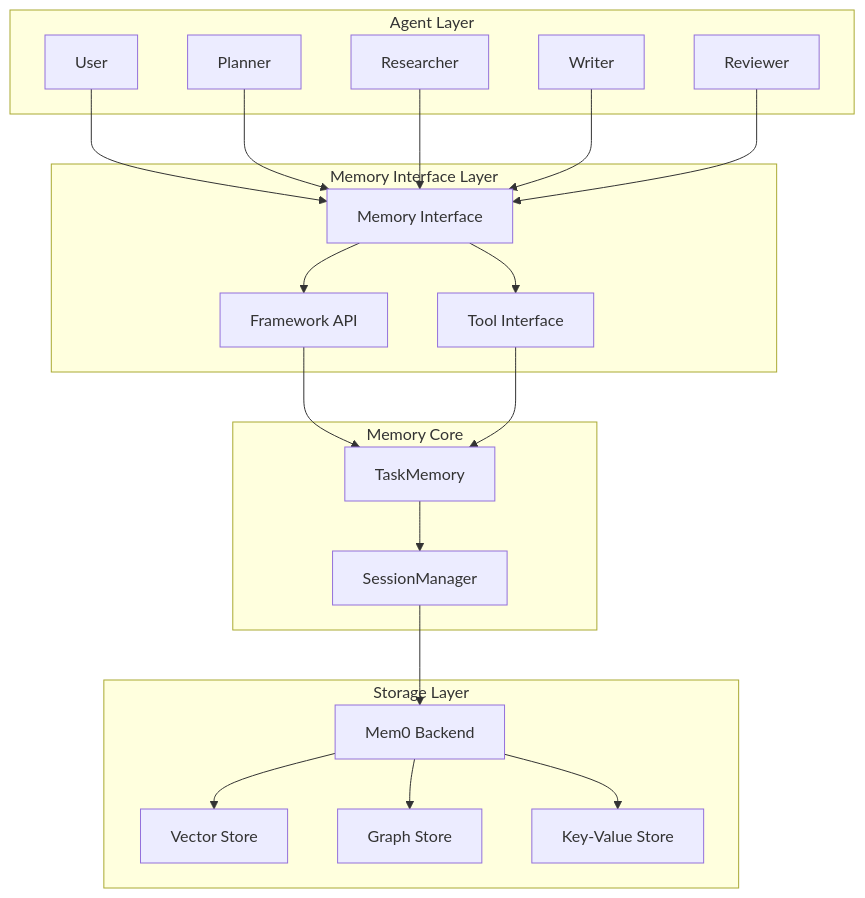
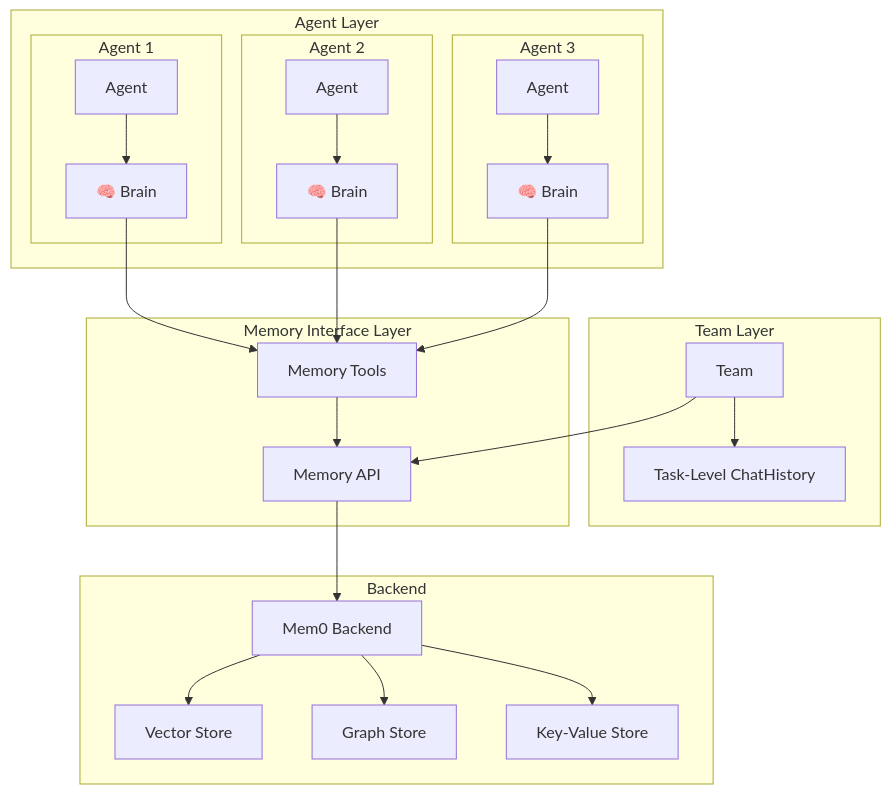
One commit to dustland/roboco changed the diagram in docs/memory-system.md. Above: the diagram before and after it, drawn with Mermaid. The commit also changed other lines of this file and 70 other files, not shown here.

Commit message:
feat: update Roboco framework to version 0.8.0 with enhanced multi-agent capabilities, improved documentation, and integration of best-in-class tools for better performance and usability

````diff
--- a/docs/memory-system.md
+++ b/docs/memory-system.md
@@ -26,44 +27,51 @@
 ```mermaid
 graph TB
     subgraph "Agent Layer"
-        A1[User]
-        A2[Planner]
-        A3[Researcher]
-        A4[Writer]
-        A5[Reviewer]
+        subgraph "Agent 1"
+            A1[Agent]
+            Brain1[🧠 Brain]
+            A1 --> Brain1
+        end
+
+        subgraph "Agent 2"
+            A2[Agent]
+            Brain2[🧠 Brain]
+            A2 --> Brain2
+        end
+
+        subgraph "Agent 3"
+            A3[Agent]
+            Brain3[🧠 Brain]
+            A3 --> Brain3
+        end
+    end
+
+    subgraph "Team Layer"
+        Team[Team]
+        ChatHistory[Task-Level ChatHistory]
+        Team --> ChatHistory
     end
 
     subgraph "Memory Interface Layer"
-        MI[Memory Interface]
-        API[Framework API]
-        TOOLS[Tool Interface]
+        API[Memory API]
+        TOOLS[Memory Tools]
     end
 
-    subgraph "Memory Core"
-        TM[TaskMemory]
-        SM[SessionManager]
-    end
-
-    subgraph "Storage Layer"
+    subgraph "Backend"
         MEM0[Mem0 Backend]
         VS[Vector Store]
         GS[Graph Store]
         KV[Key-Value Store]
     end
 
-    A1 --> MI
-    A2 --> MI
-    A3 --> MI
-    A4 --> MI
-    A5 --> MI
+    Brain1 --> TOOLS
+    Brain2 --> TOOLS
+    Brain3 --> TOOLS
+    TOOLS --> API
+    Team --> API
 
-    MI --> API
-    MI --> TOOLS
-    API --> TM
-    TOOLS --> TM
-    TM --> SM
-    SM --> MEM0
+    API --> MEM0
     MEM0 --> VS
     MEM0 --> GS
     MEM0 --> KV
 ```
````
